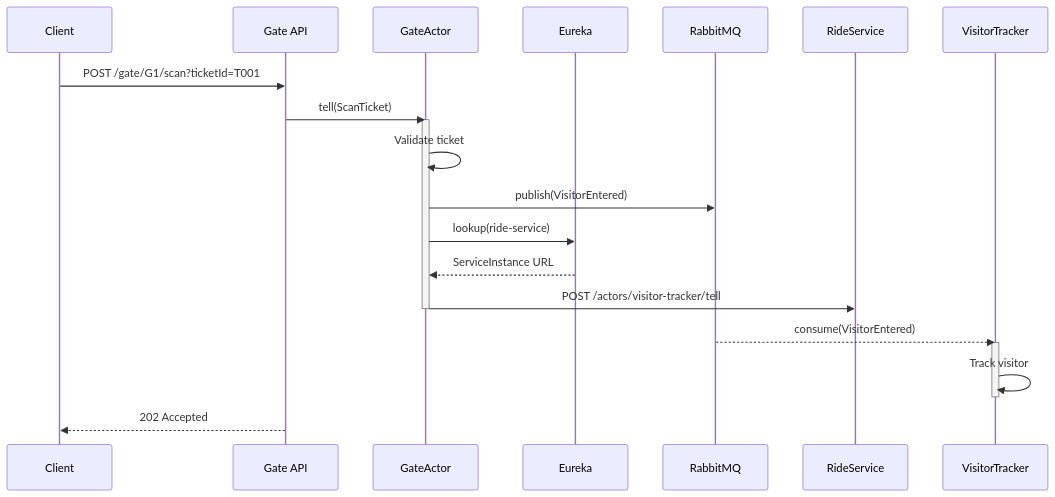
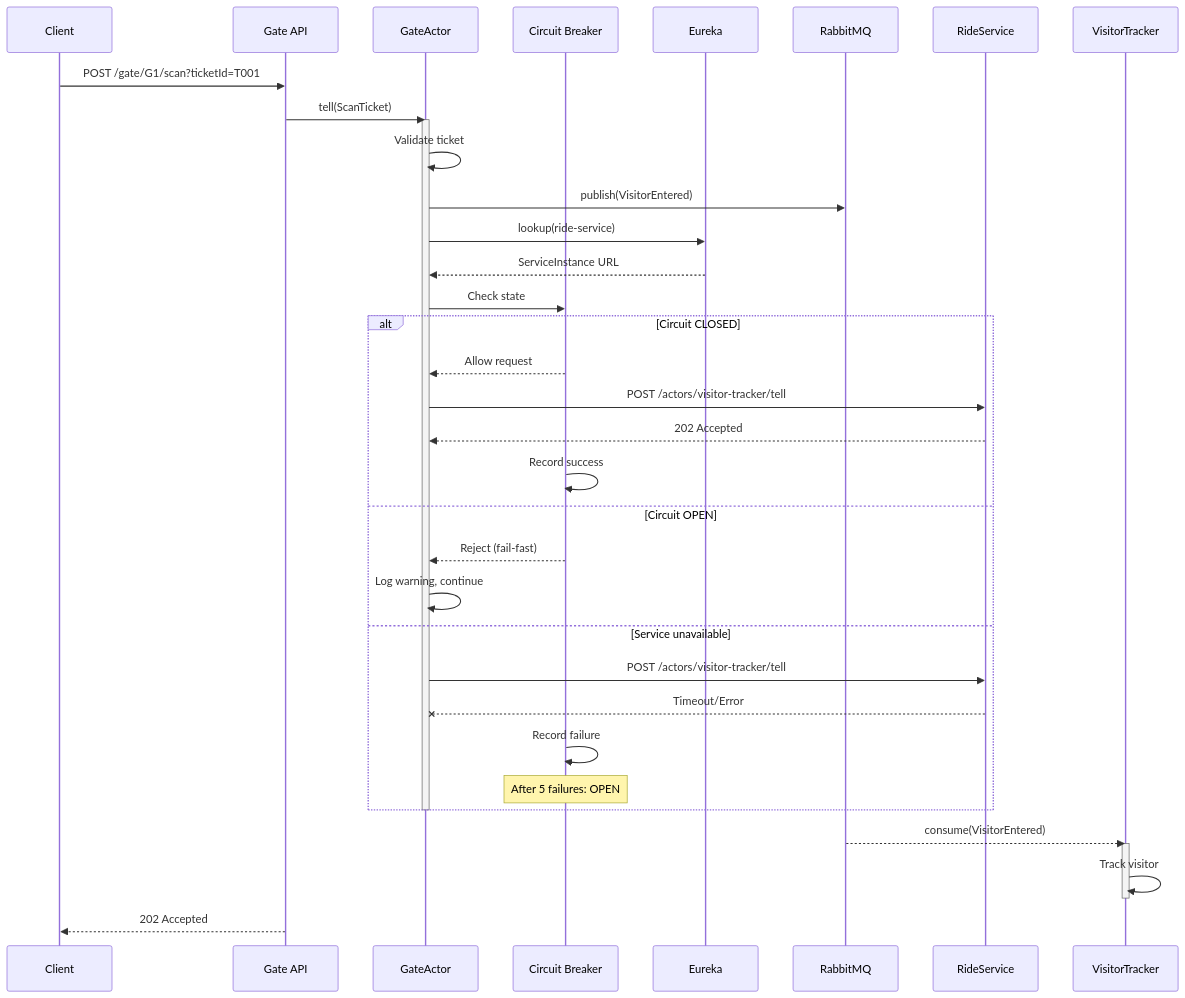
The third of 16 diagrams in docs/ARCHITECTURE.md (Myri23/CY_Land), drawn with Mermaid before and after one commit. The commit also changed other lines of this file, not shown here.

First line of the commit message:
Enhance architecture documentation with resilience and testing

````diff
--- a/docs/ARCHITECTURE.md
+++ b/docs/ARCHITECTURE.md
@@ -152,31 +160,48 @@
 ```mermaid
 sequenceDiagram
     participant Client
     participant GateAPI as Gate API
     participant GateActor
+    participant CircuitBreaker as Circuit Breaker
     participant Eureka
     participant RabbitMQ
     participant RideService
     participant VisitorTracker
     
     Client->>GateAPI: POST /gate/G1/scan?ticketId=T001
     GateAPI->>GateActor: tell(ScanTicket)
     
     activate GateActor
     GateActor->>GateActor: Validate ticket
     GateActor->>RabbitMQ: publish(VisitorEntered)
     
     GateActor->>Eureka: lookup(ride-service)
     Eureka-->>GateActor: ServiceInstance URL
     
-    GateActor->>RideService: POST /actors/visitor-tracker/tell
+    GateActor->>CircuitBreaker: Check state
+    
+    alt Circuit CLOSED
+        CircuitBreaker-->>GateActor: Allow request
+        GateActor->>RideService: POST /actors/visitor-tracker/tell
+        RideService-->>GateActor: 202 Accepted
+        CircuitBreaker->>CircuitBreaker: Record success
+    else Circuit OPEN
+        CircuitBreaker-->>GateActor: Reject (fail-fast)
+        GateActor->>GateActor: Log warning, continue
+    else Service unavailable
+        GateActor->>RideService: POST /actors/visitor-tracker/tell
+        RideService--xGateActor: Timeout/Error
+        CircuitBreaker->>CircuitBreaker: Record failure
+        Note over CircuitBreaker: After 5 failures: OPEN
+    end
+    
     deactivate GateActor
     
     RabbitMQ-->>VisitorTracker: consume(VisitorEntered)
     
     activate VisitorTracker
     VisitorTracker->>VisitorTracker: Track visitor
     deactivate VisitorTracker
     
     GateAPI-->>Client: 202 Accepted
 ```
````
